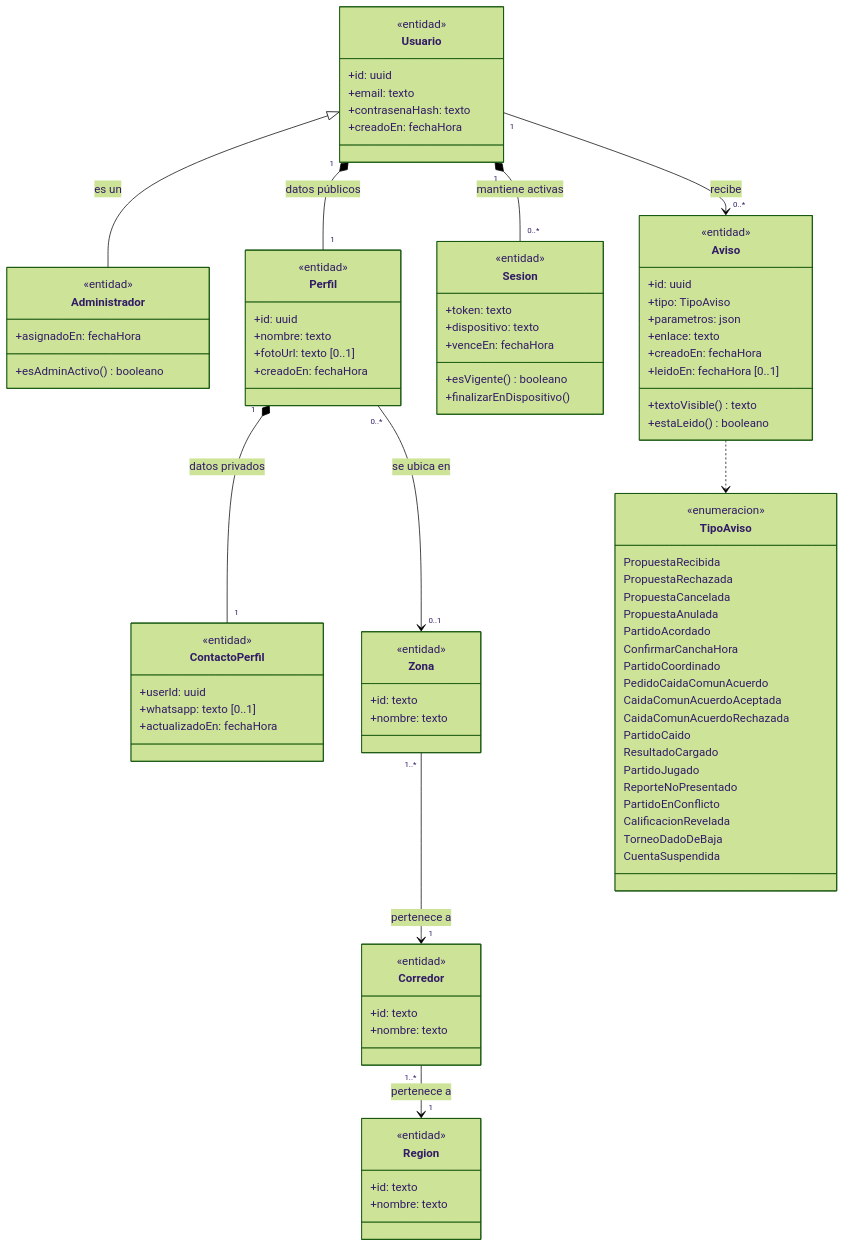
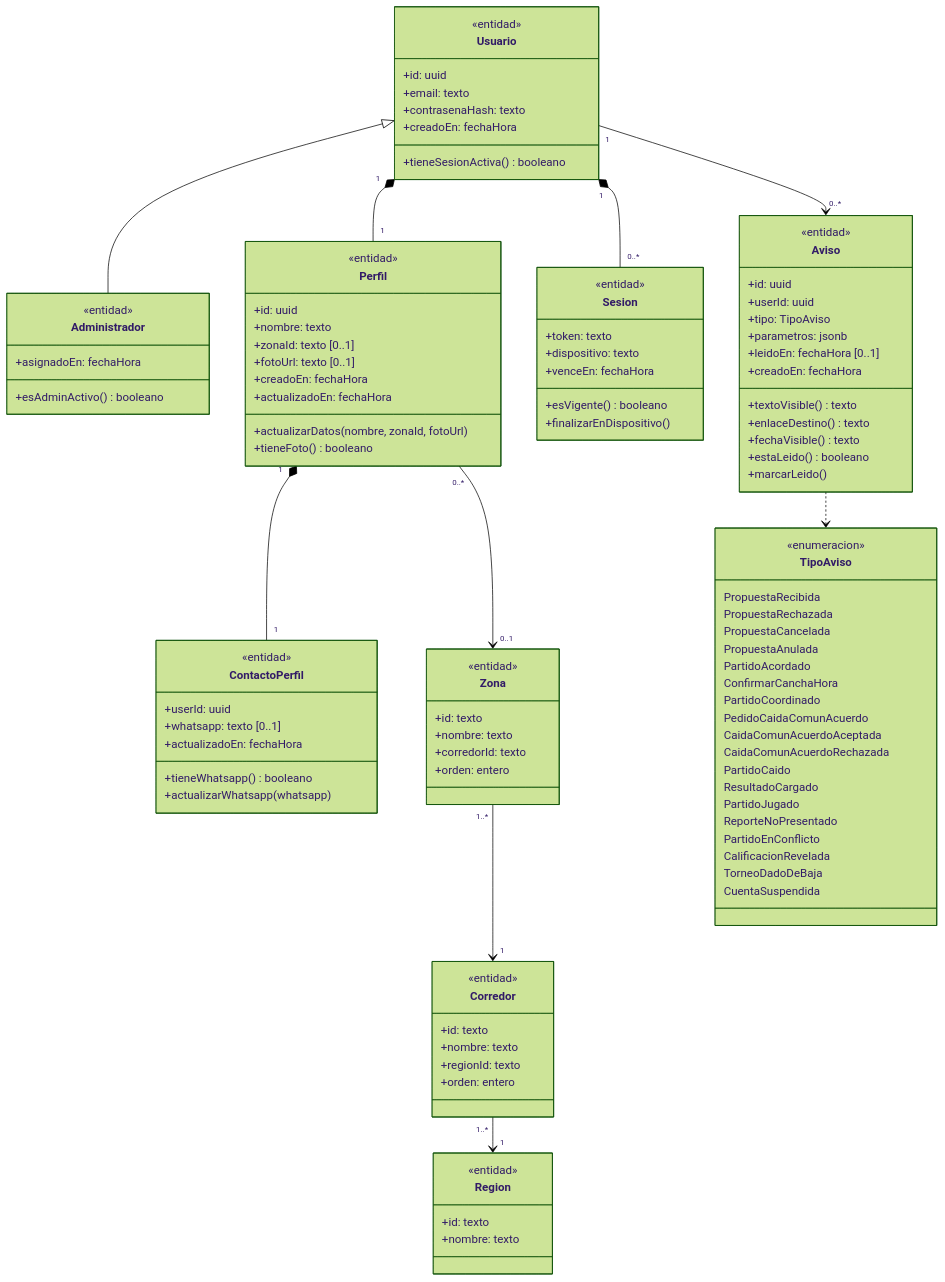
Before and after one commit to nicqletal/torneos-scraper: the first of 7 diagrams in docs/diagramas-de-clase/cuenta-y-acceso.md, drawn with Mermaid (forest theme). The commit also changed other lines of this file and 13 other files, not shown here.

````diff
--- a/docs/diagramas-de-clase/cuenta-y-acceso.md
+++ b/docs/diagramas-de-clase/cuenta-y-acceso.md
@@ -12,12 +12,12 @@
 ```mermaid
 classDiagram
-direction TB
 class Usuario {
   <<entidad>>
   +id: uuid
   +email: texto
   +contrasenaHash: texto
   +creadoEn: fechaHora
+  +tieneSesionActiva() booleano
 }
 class Administrador {
   <<entidad>>
@@ -28,14 +28,20 @@
   <<entidad>>
   +id: uuid
   +nombre: texto
+  +zonaId: texto [0..1]
   +fotoUrl: texto [0..1]
   +creadoEn: fechaHora
+  +actualizadoEn: fechaHora
+  +actualizarDatos(nombre, zonaId, fotoUrl)
+  +tieneFoto() booleano
 }
 class ContactoPerfil {
   <<entidad>>
   +userId: uuid
   +whatsapp: texto [0..1]
   +actualizadoEn: fechaHora
+  +tieneWhatsapp() booleano
+  +actualizarWhatsapp(whatsapp)
 }
 class Sesion {
   <<entidad>>
@@ -48,23 +54,30 @@
 class Aviso {
   <<entidad>>
   +id: uuid
+  +userId: uuid
   +tipo: TipoAviso
-  +parametros: json
-  +enlace: texto
+  +parametros: jsonb
+  +leidoEn: fechaHora [0..1]
   +creadoEn: fechaHora
-  +leidoEn: fechaHora [0..1]
   +textoVisible() texto
+  +enlaceDestino() texto
+  +fechaVisible() texto
   +estaLeido() booleano
+  +marcarLeido()
 }
 class Zona {
   <<entidad>>
   +id: texto
   +nombre: texto
+  +corredorId: texto
+  +orden: entero
 }
 class Corredor {
   <<entidad>>
   +id: texto
   +nombre: texto
+  +regionId: texto
+  +orden: entero
 }
 class Region {
   <<entidad>>
@@ -92,13 +105,13 @@
   TorneoDadoDeBaja
   CuentaSuspendida
 }
-Usuario <|-- Administrador : es un
-Usuario "1" *-- "1" Perfil : datos públicos
-Perfil "1" *-- "1" ContactoPerfil : datos privados
-Usuario "1" *-- "0..*" Sesion : mantiene activas
-Usuario "1" --> "0..*" Aviso : recibe
-Perfil "0..*" --> "0..1" Zona : se ubica en
-Zona "1..*" --> "1" Corredor : pertenece a
-Corredor "1..*" --> "1" Region : pertenece a
+Usuario <|-- Administrador
+Usuario "1" *-- "1" Perfil
+Perfil "1" *-- "1" ContactoPerfil
+Usuario "1" *-- "0..*" Sesion
+Usuario "1" --> "0..*" Aviso
+Perfil "0..*" --> "0..1" Zona
+Zona "1..*" --> "1" Corredor
+Corredor "1..*" --> "1" Region
 Aviso ..> TipoAviso
 ```
````
